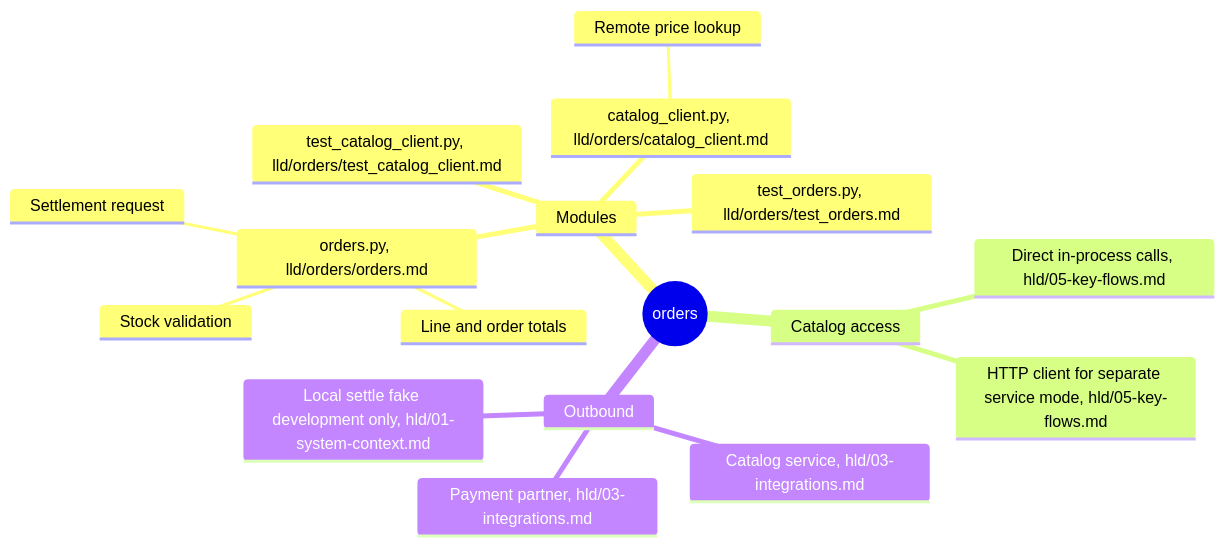
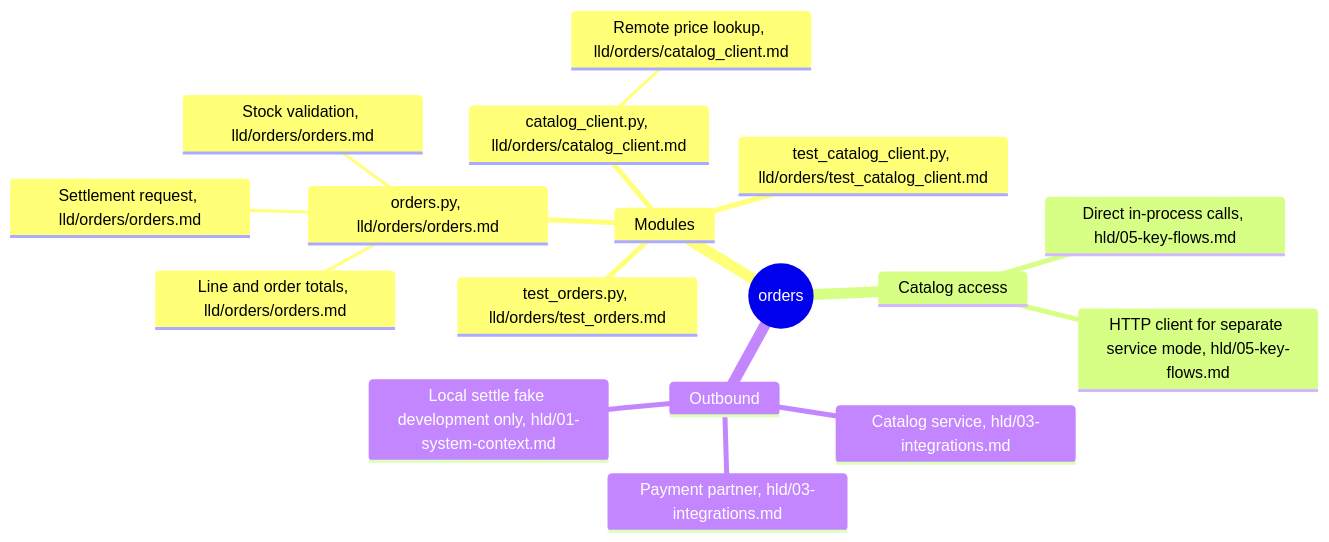
One commit to vishalc412/bible-mode-b-test changed the third of 5 diagrams in codebase-analysis/00-mind-map.md. Above: the diagram before and after it, drawn with Mermaid. The commit also changed other lines of this file and 38 other files, not shown here.

````diff
--- a/codebase-analysis/00-mind-map.md
+++ b/codebase-analysis/00-mind-map.md
@@ -65,20 +65,20 @@
 ```mermaid
 mindmap
   root((orders))
     Modules
       orders.py, lld/orders/orders.md
-        Line and order totals
-        Stock validation
-        Settlement request
+        Line and order totals, lld/orders/orders.md
+        Stock validation, lld/orders/orders.md
+        Settlement request, lld/orders/orders.md
       catalog_client.py, lld/orders/catalog_client.md
-        Remote price lookup
+        Remote price lookup, lld/orders/catalog_client.md
       test_orders.py, lld/orders/test_orders.md
       test_catalog_client.py, lld/orders/test_catalog_client.md
     Catalog access
       Direct in-process calls, hld/05-key-flows.md
       HTTP client for separate service mode, hld/05-key-flows.md
     Outbound
       Catalog service, hld/03-integrations.md
       Payment partner, hld/03-integrations.md
       Local settle fake development only, hld/01-system-context.md
 ```
````
